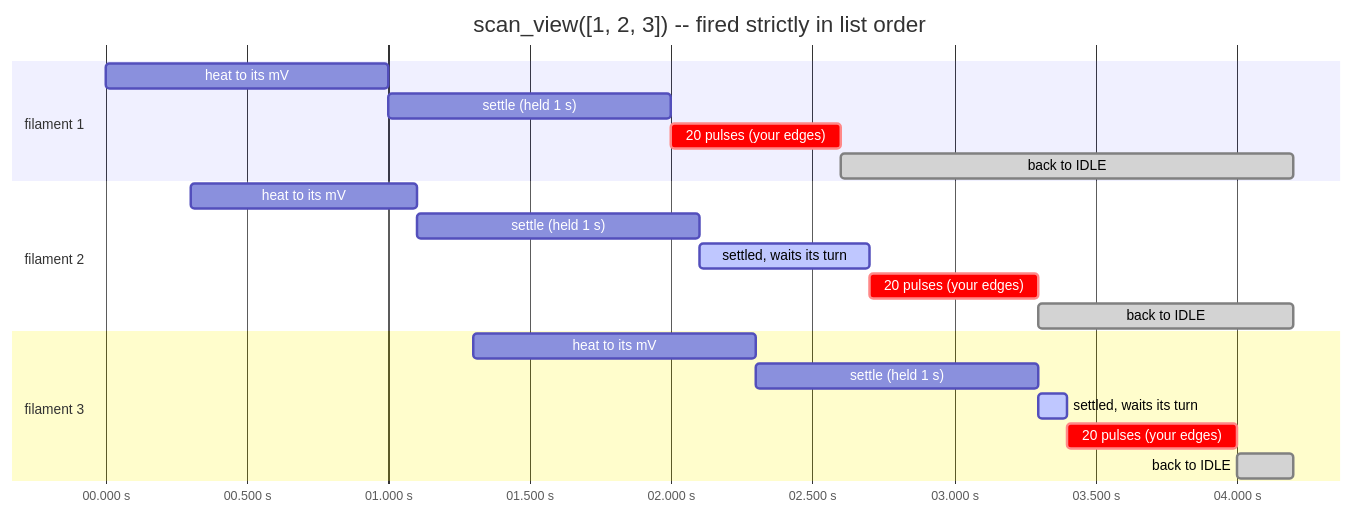
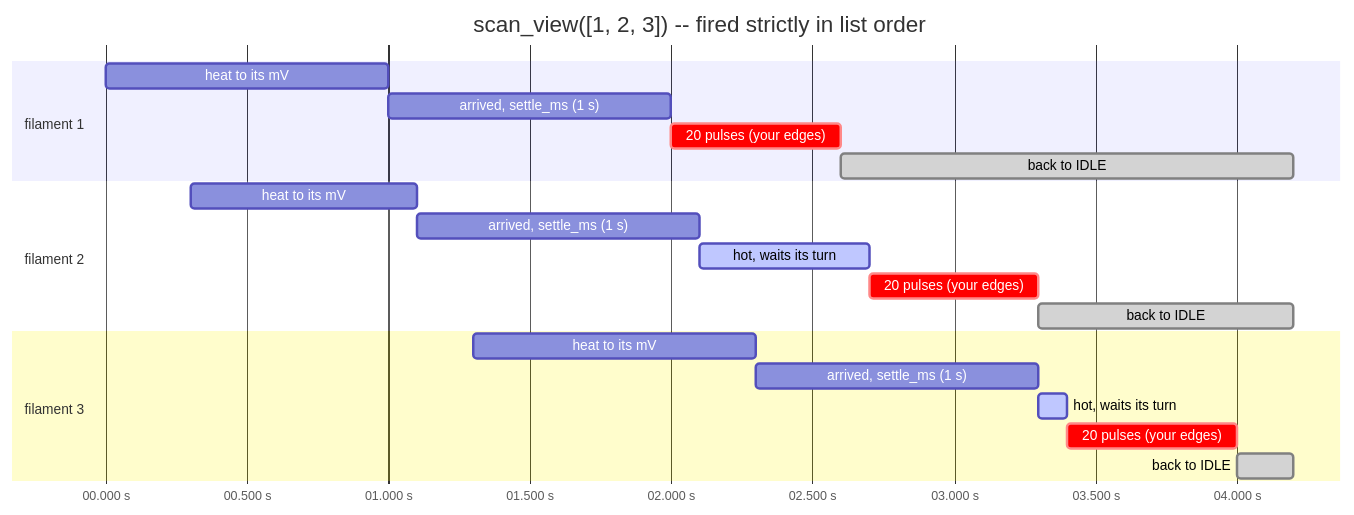
The first of 2 diagrams in docs/scan_view_design.md (civerjia/ct_gui), drawn with Mermaid before and after one commit. The commit also changed other lines of this file, not shown here.

First line of the commit message:
docs(ct): scan_view design -- fire when HOT, not when stable

````diff
--- a/docs/scan_view_design.md
+++ b/docs/scan_view_design.md
@@ -14,23 +28,23 @@
 ```mermaid
 gantt
     title scan_view([1, 2, 3]) -- fired strictly in list order
     dateFormat x
     axisFormat %S.%L s
     section filament 1
-    heat to its mV          : 0, 1000
-    settle (held 1 s)       : 1000, 2000
-    20 pulses (your edges)  : crit, 2000, 2600
-    back to IDLE            : done, 2600, 4200
+    heat to its mV               : 0, 1000
+    arrived, settle_ms (1 s)     : 1000, 2000
+    20 pulses (your edges)       : crit, 2000, 2600
+    back to IDLE                 : done, 2600, 4200
     section filament 2
-    heat to its mV          : 300, 1100
-    settle (held 1 s)       : 1100, 2100
-    settled, waits its turn : active, 2100, 2700
-    20 pulses (your edges)  : crit, 2700, 3300
-    back to IDLE            : done, 3300, 4200
+    heat to its mV               : 300, 1100
+    arrived, settle_ms (1 s)     : 1100, 2100
+    hot, waits its turn          : active, 2100, 2700
+    20 pulses (your edges)       : crit, 2700, 3300
+    back to IDLE                 : done, 3300, 4200
     section filament 3
-    heat to its mV          : 1300, 2300
-    settle (held 1 s)       : 2300, 3300
-    settled, waits its turn : active, 3300, 3400
-    20 pulses (your edges)  : crit, 3400, 4000
-    back to IDLE            : done, 4000, 4200
+    heat to its mV               : 1300, 2300
+    arrived, settle_ms (1 s)     : 2300, 3300
+    hot, waits its turn          : active, 3300, 3400
+    20 pulses (your edges)       : crit, 3400, 4000
+    back to IDLE                 : done, 4000, 4200
 ```
````
